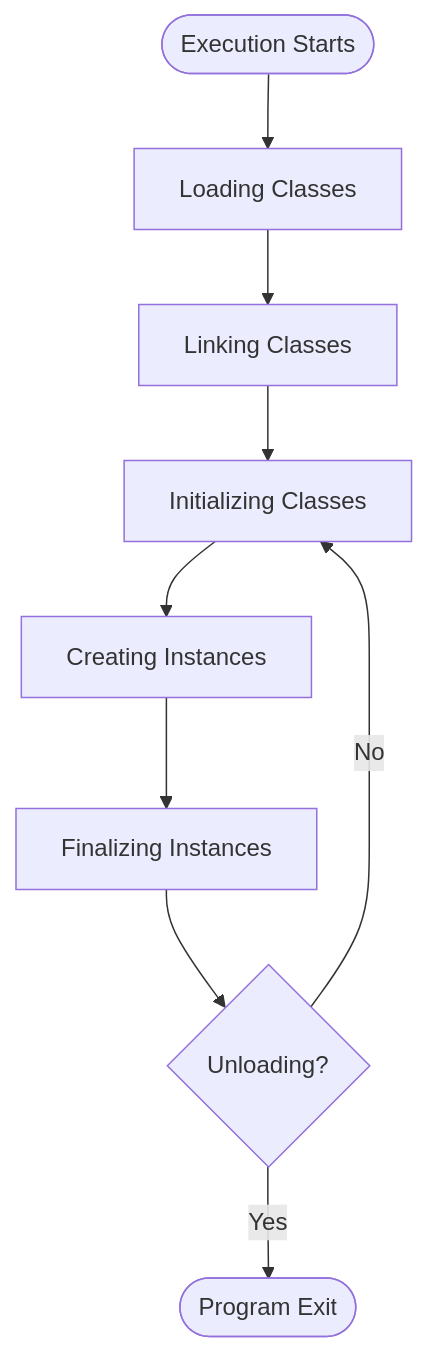
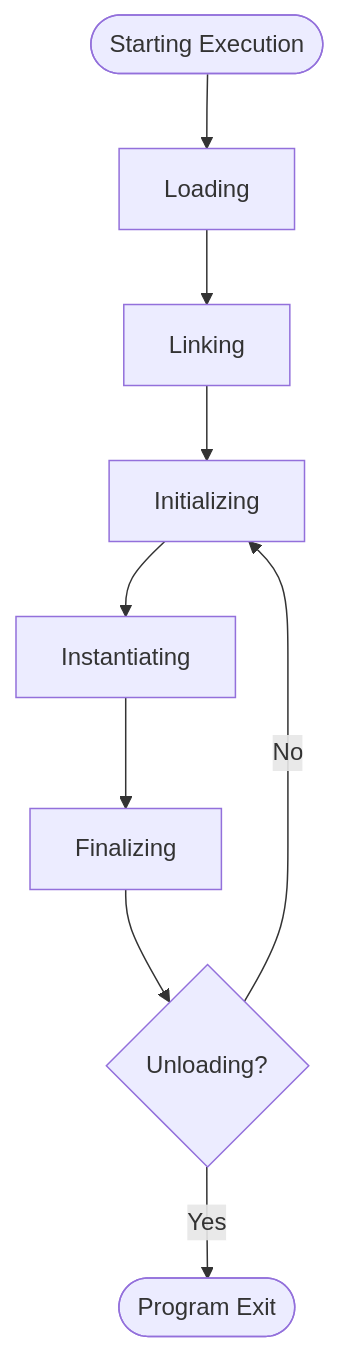
One commit to cesarsotovalero/cesarsotovalero.github.io changed the diagram in _posts/2022/2022-10-20-how-the-jvm-executes-java-code.md. Above: the diagram before and after it, drawn with Mermaid. The commit also changed other lines of this file and 9 other files, not shown here.

```diff
--- a/_posts/2022/2022-10-20-how-the-jvm-executes-java-code.md
+++ b/_posts/2022/2022-10-20-how-the-jvm-executes-java-code.md
@@ -41,11 +55,11 @@
 {% mermaid %}
 flowchart TB;
-a(["Execution Starts"]) --> b["Loading Classes"]
-b["Loading Classes"] --> c["Linking Classes"]
-c["Linking Classes"] --> d["Initializing Classes"]
-d["Initializing Classes"] --> e["Creating Instances"]
-e["Creating Instances"] --> f["Finalizing Instances"]  
-f["Finalizing Instances"] --> q{Unloading?}
+a(["Starting Execution"]) --> b["Loading"]
+b["Loading"] --> c["Linking"]
+c["Linking"] --> d["Initializing"]
+d["Initializing"] --> e["Instantiating"]
+e["Instantiating"] --> f["Finalizing"]  
+f["Finalizing"] --> q{Unloading?}
 q -- Yes --> x(["Program Exit"])
-q -- No --> d["Initializing Classes"]
+q -- No --> d["Initializing"]
 {% endmermaid %}
```
